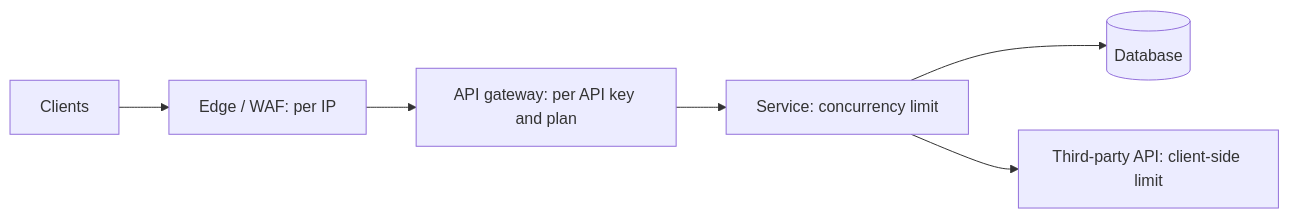
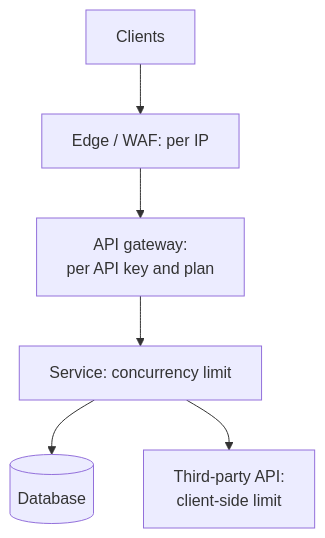
The diagram in src/content/docs/reliability/rate-limiting.mdx (butyavk/system-design), drawn with Mermaid before and after one commit. The commit also changed other lines of this file and 144 other files, not shown here.

````diff
--- a/src/content/docs/reliability/rate-limiting.mdx
+++ b/src/content/docs/reliability/rate-limiting.mdx
@@ -33,8 +33,8 @@
 ```mermaid
-flowchart LR
+flowchart TB
   user["Clients"] --> edge["Edge / WAF: per IP"]
-  edge --> gw["API gateway: per API key and plan"]
+  edge --> gw["API gateway:<br/>per API key and plan"]
   gw --> svc["Service: concurrency limit"]
   svc --> db[("Database")]
-  svc --> ext["Third-party API: client-side limit"]
+  svc --> ext["Third-party API:<br/>client-side limit"]
 ```
````
